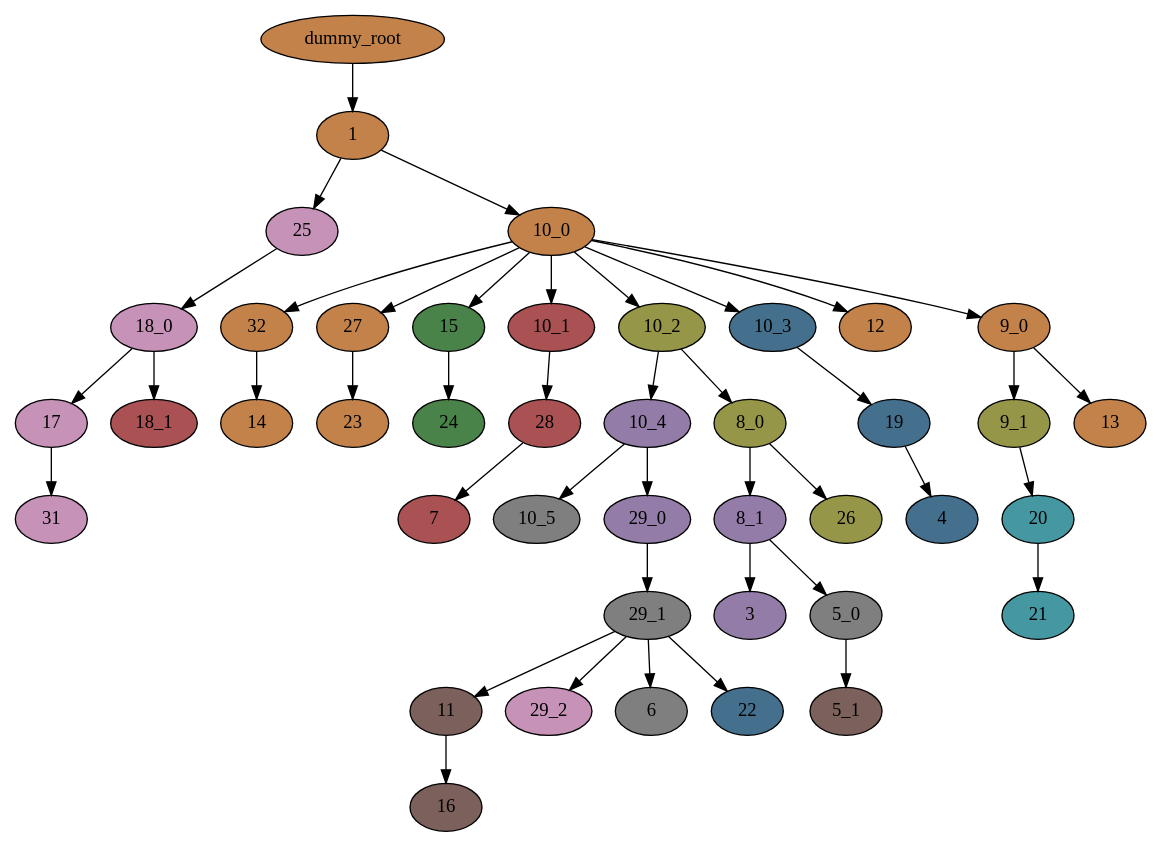
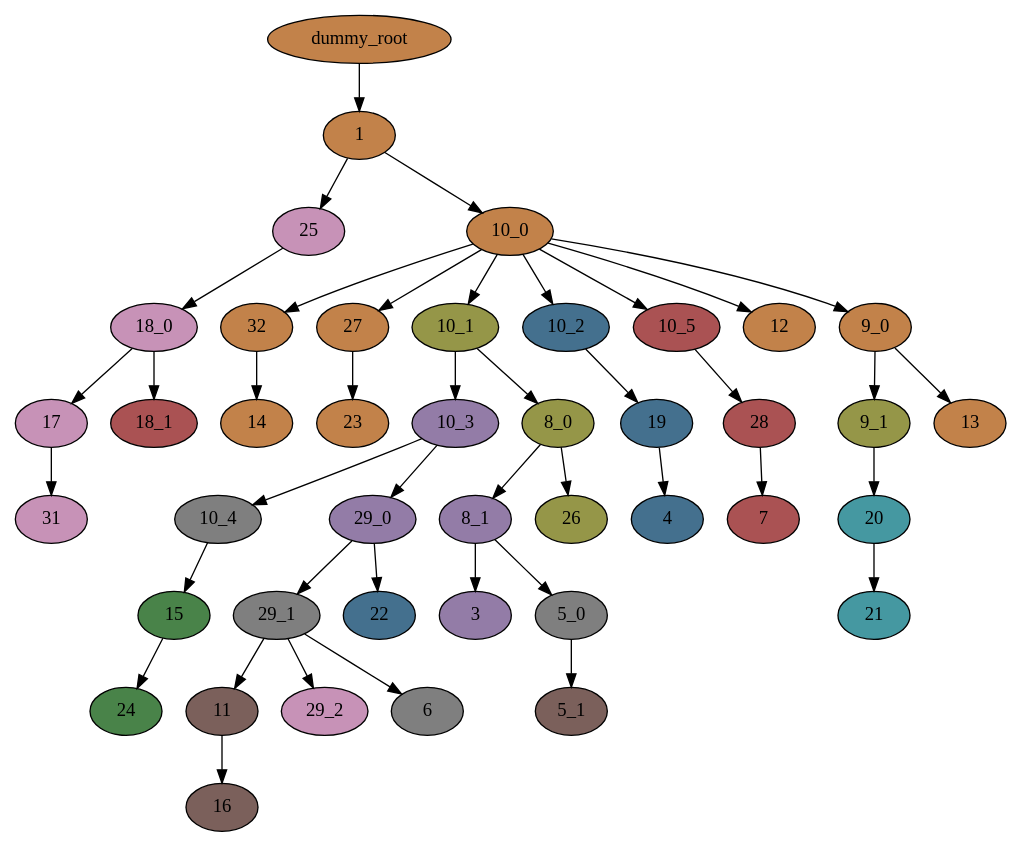
Before and after one commit to noahcape/pmh-rp: the diagram in trees/CRUKP9198/tlp/tlp_output_colored_tree.dot, drawn with Graphviz. The commit also changed 255 other files, not shown here.

```diff
--- a/trees/CRUKP9198/tlp/tlp_output_colored_tree.dot
+++ b/trees/CRUKP9198/tlp/tlp_output_colored_tree.dot
@@ -1,85 +1,85 @@
 digraph T {
 	"1" [fillcolor="#c2824a", style=filled];
 	"25" [fillcolor="#c792b7", style=filled];
 	"10_0" [fillcolor="#c2824a", style=filled];
 	"18_0" [fillcolor="#c792b7", style=filled];
 	"19" [fillcolor="#44708e", style=filled];
 	"4" [fillcolor="#44708e", style=filled];
 	"32" [fillcolor="#c2824a", style=filled];
 	"14" [fillcolor="#c2824a", style=filled];
 	"11" [fillcolor="#7b605b", style=filled];
 	"16" [fillcolor="#7b605b", style=filled];
 	"20" [fillcolor="#4598a1", style=filled];
 	"21" [fillcolor="#4598a1", style=filled];
 	"27" [fillcolor="#c2824a", style=filled];
 	"23" [fillcolor="#c2824a", style=filled];
 	"15" [fillcolor="#498349", style=filled];
 	"24" [fillcolor="#498349", style=filled];
 	"17" [fillcolor="#c792b7", style=filled];
 	"31" [fillcolor="#c792b7", style=filled];
 	"28" [fillcolor="#aa5253", style=filled];
 	"7" [fillcolor="#aa5253", style=filled];
-	"10_1" [fillcolor="#aa5253", style=filled];
-	"10_2" [fillcolor="#959648", style=filled];
-	"10_3" [fillcolor="#44708e", style=filled];
+	"10_1" [fillcolor="#959648", style=filled];
+	"10_2" [fillcolor="#44708e", style=filled];
+	"10_5" [fillcolor="#aa5253", style=filled];
 	"12" [fillcolor="#c2824a", style=filled];
 	"9_0" [fillcolor="#c2824a", style=filled];
-	"10_4" [fillcolor="#937ca7", style=filled];
+	"10_3" [fillcolor="#937ca7", style=filled];
 	"8_0" [fillcolor="#959648", style=filled];
-	"10_5" [fillcolor="#7f7f7f", style=filled];
+	"10_4" [fillcolor="#7f7f7f", style=filled];
 	"29_0" [fillcolor="#937ca7", style=filled];
 	"29_1" [fillcolor="#7f7f7f", style=filled];
+	"22" [fillcolor="#44708e", style=filled];
 	"29_2" [fillcolor="#c792b7", style=filled];
 	"6" [fillcolor="#7f7f7f", style=filled];
-	"22" [fillcolor="#44708e", style=filled];
 	"18_1" [fillcolor="#aa5253", style=filled];
 	"9_1" [fillcolor="#959648", style=filled];
 	"13" [fillcolor="#c2824a", style=filled];
 	"8_1" [fillcolor="#937ca7", style=filled];
 	"26" [fillcolor="#959648", style=filled];
 	"3" [fillcolor="#937ca7", style=filled];
 	"5_0" [fillcolor="#7f7f7f", style=filled];
 	"5_1" [fillcolor="#7b605b", style=filled];
 	"dummy_root" [fillcolor="#c2824a", style=filled];
 	"1" -> "25";
 	"1" -> "10_0";
 	"25" -> "18_0";
 	"10_0" -> "10_1";
 	"10_0" -> "10_2";
-	"10_0" -> "10_3";
+	"10_0" -> "10_5";
 	"10_0" -> "32";
 	"10_0" -> "27";
-	"10_0" -> "15";
 	"10_0" -> "12";
 	"10_0" -> "9_0";
 	"18_0" -> "18_1";
 	"18_0" -> "17";
 	"19" -> "4";
 	"32" -> "14";
 	"11" -> "16";
 	"20" -> "21";
 	"27" -> "23";
 	"15" -> "24";
 	"17" -> "31";
 	"28" -> "7";
-	"10_1" -> "28";
-	"10_2" -> "10_4";
-	"10_2" -> "8_0";
-	"10_3" -> "19";
+	"10_1" -> "10_3";
+	"10_1" -> "8_0";
+	"10_2" -> "19";
+	"10_5" -> "28";
 	"9_0" -> "9_1";
 	"9_0" -> "13";
-	"10_4" -> "10_5";
-	"10_4" -> "29_0";
+	"10_3" -> "10_4";
+	"10_3" -> "29_0";
 	"8_0" -> "8_1";
 	"8_0" -> "26";
+	"10_4" -> "15";
 	"29_0" -> "29_1";
+	"29_0" -> "22";
 	"29_1" -> "29_2";
 	"29_1" -> "11";
 	"29_1" -> "6";
-	"29_1" -> "22";
 	"9_1" -> "20";
 	"8_1" -> "3";
 	"8_1" -> "5_0";
 	"5_0" -> "5_1";
 	"dummy_root" -> "1";
 }
```
